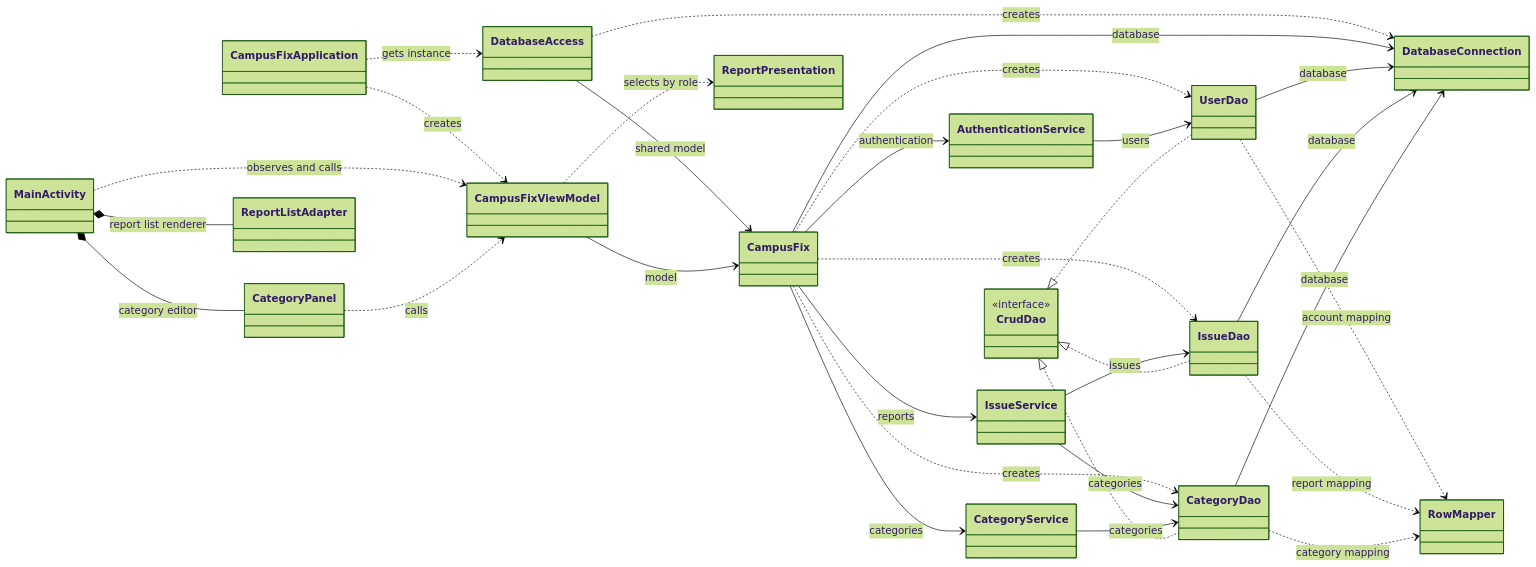
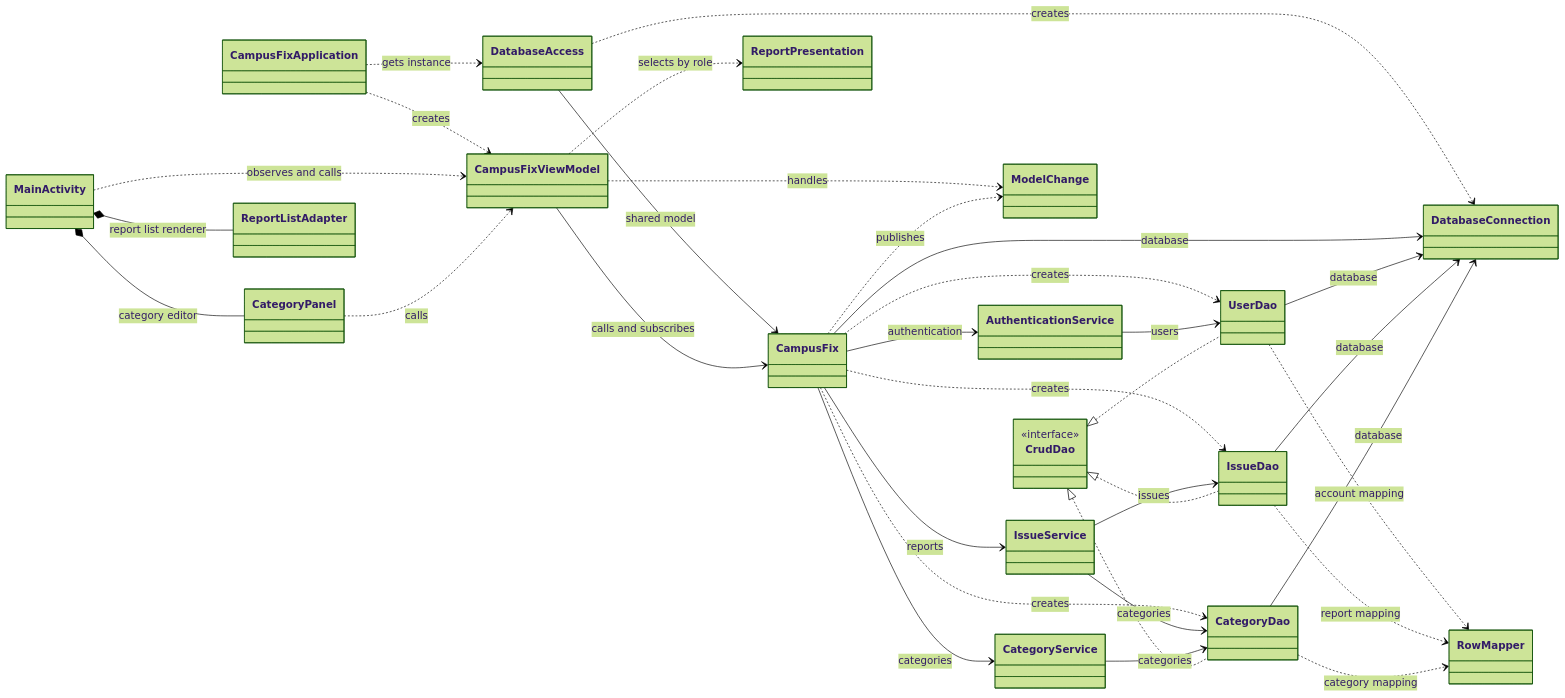
Before and after one commit to dfernq/inso-2026-2027-campus-fix: the diagram in docs/android.md, drawn with Mermaid (forest theme). The commit also changed other lines of this file and 1 other file, not shown here.

````diff
--- a/docs/android.md
+++ b/docs/android.md
@@ -174,37 +190,39 @@
 ```mermaid
 classDiagram
     direction LR
     class CrudDao {
         <<interface>>
     }
     CampusFixApplication ..> CampusFixViewModel : creates
     CampusFixApplication ..> DatabaseAccess : gets instance
     DatabaseAccess --> CampusFix : shared model
     DatabaseAccess ..> DatabaseConnection : creates
     MainActivity ..> CampusFixViewModel : observes and calls
     MainActivity *-- CategoryPanel : category editor
     MainActivity *-- ReportListAdapter : report list renderer
     CategoryPanel ..> CampusFixViewModel : calls
-    CampusFixViewModel --> CampusFix : model
+    CampusFixViewModel --> CampusFix : calls and subscribes
+    CampusFixViewModel ..> ModelChange : handles
+    CampusFix ..> ModelChange : publishes
     CampusFixViewModel ..> ReportPresentation : selects by role
     CampusFix --> DatabaseConnection : database
     CampusFix --> AuthenticationService : authentication
     CampusFix --> IssueService : reports
     CampusFix --> CategoryService : categories
     CampusFix ..> UserDao : creates
     CampusFix ..> IssueDao : creates
     CampusFix ..> CategoryDao : creates
     AuthenticationService --> UserDao : users
     IssueService --> IssueDao : issues
     IssueService --> CategoryDao : categories
     CategoryService --> CategoryDao : categories
     UserDao --> DatabaseConnection : database
     IssueDao --> DatabaseConnection : database
     CategoryDao --> DatabaseConnection : database
     UserDao ..> RowMapper : account mapping
     IssueDao ..> RowMapper : report mapping
     CategoryDao ..> RowMapper : category mapping
     CrudDao <|.. UserDao
     CrudDao <|.. IssueDao
     CrudDao <|.. CategoryDao
 ```
````
